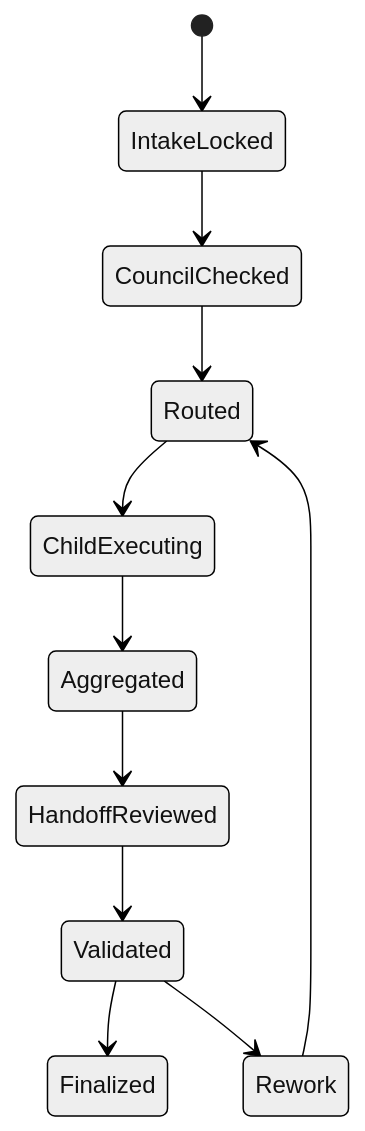
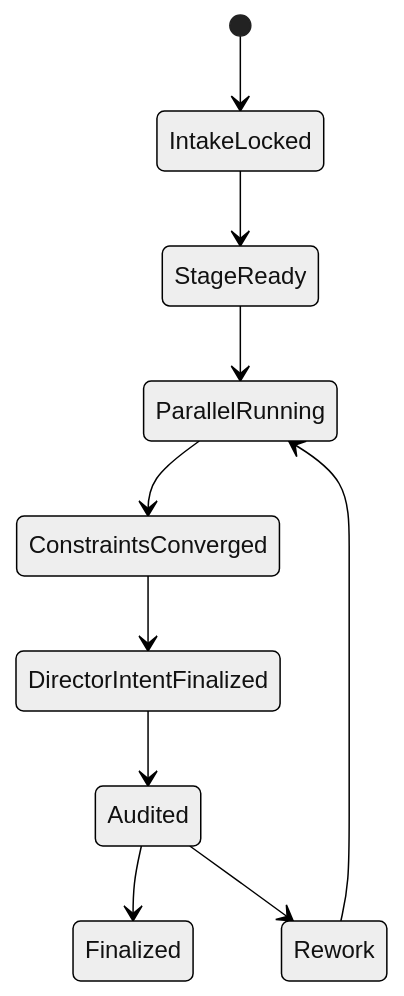
The third of 4 diagrams in .agents/skills/aigc/2-Global/SKILL.md (ZEN-VOID/AI-CUT), drawn with Mermaid (neutral theme) before and after one commit. The commit also changed other lines of this file and 244 other files, not shown here.

````diff
--- a/.agents/skills/aigc/2-Global/SKILL.md
+++ b/.agents/skills/aigc/2-Global/SKILL.md
@@ -205,13 +171,12 @@
 ```mermaid
 stateDiagram-v2
     [*] --> IntakeLocked
-    IntakeLocked --> CouncilChecked
-    CouncilChecked --> Routed
-    Routed --> ChildExecuting
-    ChildExecuting --> Aggregated
-    Aggregated --> HandoffReviewed
-    HandoffReviewed --> Validated
-    Validated --> Finalized
-    Validated --> Rework
-    Rework --> Routed
+    IntakeLocked --> StageReady
+    StageReady --> ParallelRunning
+    ParallelRunning --> ConstraintsConverged
+    ConstraintsConverged --> DirectorIntentFinalized
+    DirectorIntentFinalized --> Audited
+    Audited --> Finalized
+    Audited --> Rework
+    Rework --> ParallelRunning
 ```
````
